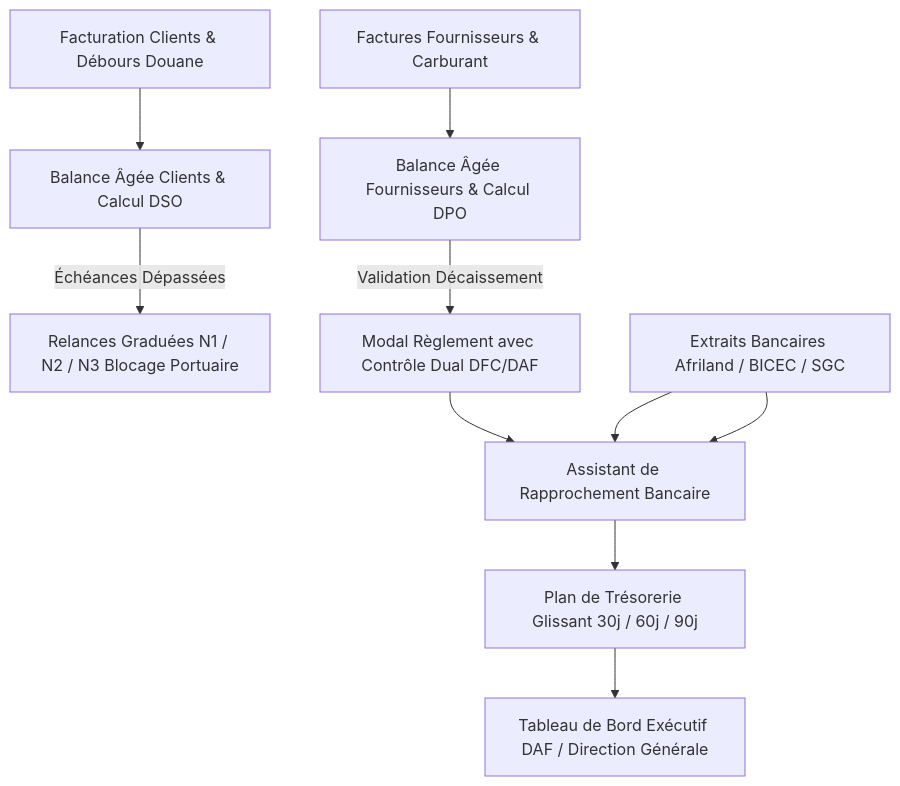
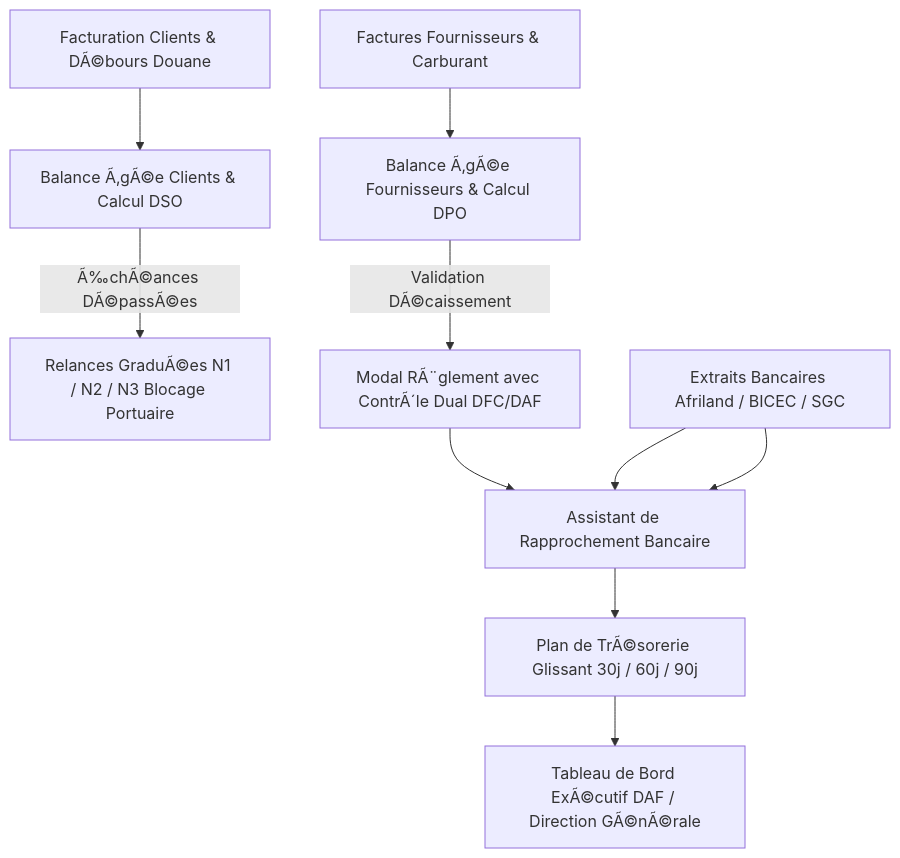
Before and after one commit to elevationchic-ux/evo-log-pro: the diagram in RAPORT_EXPERTISE_FINANCE.md, drawn with Mermaid. The commit also changed other lines of this file and 27 other files, not shown here.

````diff
--- a/RAPORT_EXPERTISE_FINANCE.md
+++ b/RAPORT_EXPERTISE_FINANCE.md
@@ -67,11 +67,11 @@
 ```mermaid
 graph TD
-    A[Facturation Clients & Débours Douane] --> B[Balance Âgée Clients & Calcul DSO]
-    B -->|Échéances Dépassées| C[Relances Graduées N1 / N2 / N3 Blocage Portuaire]
-    D[Factures Fournisseurs & Carburant] --> E[Balance Âgée Fournisseurs & Calcul DPO]
-    E -->|Validation Décaissement| F[Modal Règlement avec Contrôle Dual DFC/DAF]
+    A[Facturation Clients & DÃ©bours Douane] --> B[Balance Ã‚gÃ©e Clients & Calcul DSO]
+    B -->|Ã‰chÃ©ances DÃ©passÃ©es| C[Relances GraduÃ©es N1 / N2 / N3 Blocage Portuaire]
+    D[Factures Fournisseurs & Carburant] --> E[Balance Ã‚gÃ©e Fournisseurs & Calcul DPO]
+    E -->|Validation DÃ©caissement| F[Modal RÃ¨glement avec ContrÃ´le Dual DFC/DAF]
     G[Extraits Bancaires Afriland / BICEC / SGC] --> H[Assistant de Rapprochement Bancaire]
     F & G --> H
-    H --> I[Plan de Trésorerie Glissant 30j / 60j / 90j]
-    I --> J[Tableau de Bord Exécutif DAF / Direction Générale]
+    H --> I[Plan de TrÃ©sorerie Glissant 30j / 60j / 90j]
+    I --> J[Tableau de Bord ExÃ©cutif DAF / Direction GÃ©nÃ©rale]
 ```
````
